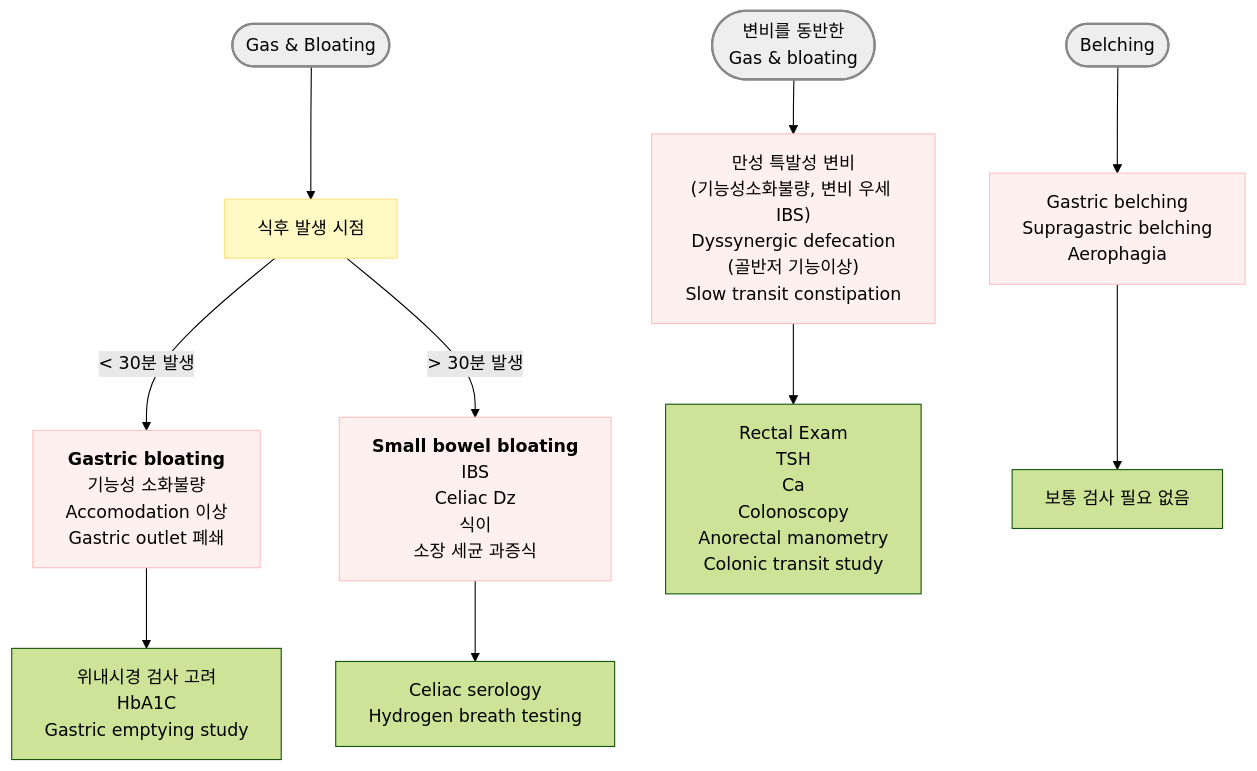
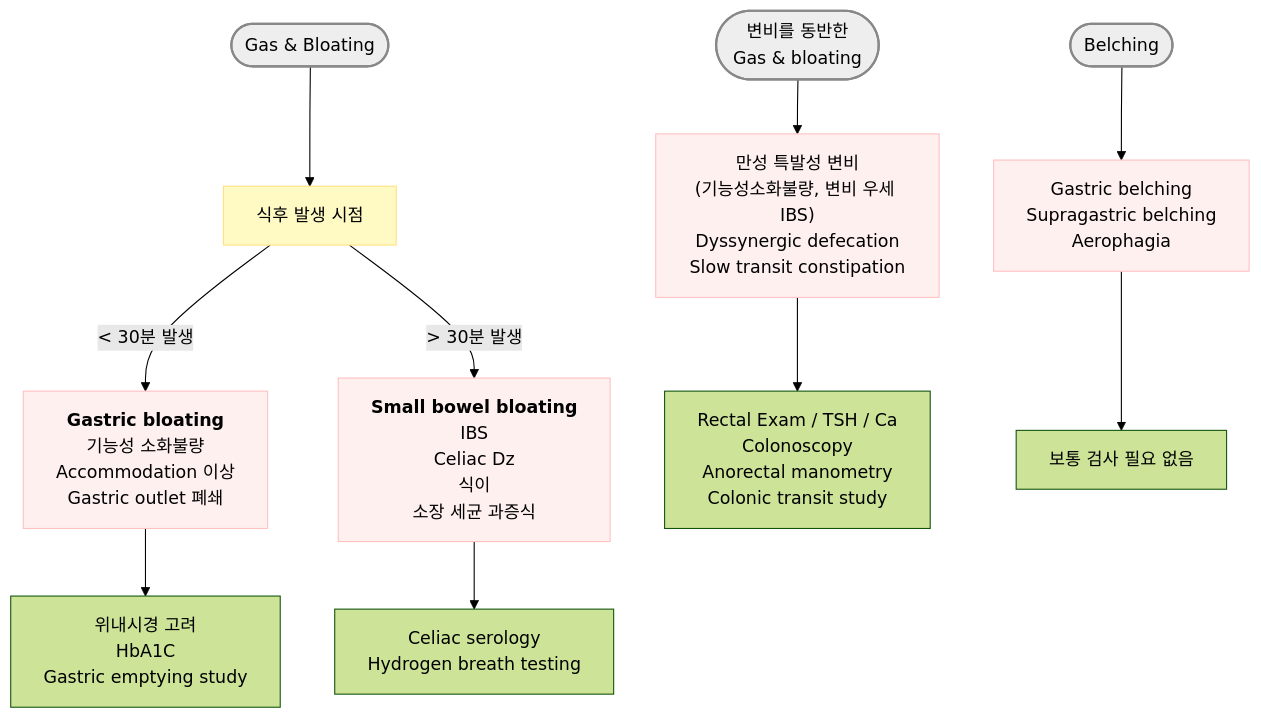
The first of 2 diagrams in 224_/075_-indigestion-dyspepsia.md (familyoh77/familyoh77), drawn with Mermaid (forest theme) before and after one commit. The commit also changed other lines of this file, not shown here.

````diff
--- a/224_/075_-indigestion-dyspepsia.md
+++ b/224_/075_-indigestion-dyspepsia.md
@@ -192,28 +219,22 @@
 ```mermaid
 graph TD
-    %% 1. Gas & Bloating 섹션
     A1([Gas & Bloating]) --> B1[식후 발생 시점]
-    B1 -- "< 30분 발생" --> C1["<b>Gastric bloating</b><br/>기능성 소화불량<br/>Accomodation 이상<br/>Gastric outlet 폐쇄"]
+    B1 -- "< 30분 발생" --> C1["<b>Gastric bloating</b><br/>기능성 소화불량<br/>Accommodation 이상<br/>Gastric outlet 폐쇄"]
     B1 -- "> 30분 발생" --> D1["<b>Small bowel bloating</b><br/>IBS<br/>Celiac Dz<br/>식이<br/>소장 세균 과증식"]
-    
-    C1 --> E1["위내시경 검사 고려<br/>HbA1C<br/>Gastric emptying study"]
+    C1 --> E1["위내시경 고려<br/>HbA1C<br/>Gastric emptying study"]
     D1 --> F1["Celiac serology<br/>Hydrogen breath testing"]
 
-    %% 2. 변비를 동반한 Gas & bloating 섹션
-    A2(["변비를 동반한<br/>Gas & bloating"])
-     --> C2["만성 특발성 변비<br/>(기능성소화불량, 변비 우세 IBS)<br/>Dyssynergic defecation<br/>(골반저 기능이상)<br/>Slow transit constipation"]
-    C2 --> E2["Rectal Exam<br/>TSH<br/>Ca<br/>Colonoscopy<br/>Anorectal manometry<br/>Colonic transit study"]
+    A2(["변비를 동반한<br/>Gas & bloating"]) --> C2["만성 특발성 변비<br/>(기능성소화불량, 변비 우세 IBS)<br/>Dyssynergic defecation<br/>Slow transit constipation"]
+    C2 --> E2["Rectal Exam / TSH / Ca<br/>Colonoscopy<br/>Anorectal manometry<br/>Colonic transit study"]
 
-    %% 3. Belching 섹션
-    A3([Belching])
-     --> C3["Gastric belching<br/>Supragastric belching<br/>Aerophagia"]
+    A3([Belching]) --> C3["Gastric belching<br/>Supragastric belching<br/>Aerophagia"]
     C3 --> E3[보통 검사 필요 없음]
 
     classDef gray fill:#eeeeee,stroke:#888888,stroke-width:2px
     class A1,A2,A3 gray
     style B1 fill:#fff9c4,stroke:#ffe082
     style C1 fill:#FFF0F0,stroke:#FFC0C0
     style D1 fill:#FFF0F0,stroke:#FFC0C0
     style C2 fill:#FFF0F0,stroke:#FFC0C0
     style C3 fill:#FFF0F0,stroke:#FFC0C0
 ```
````
